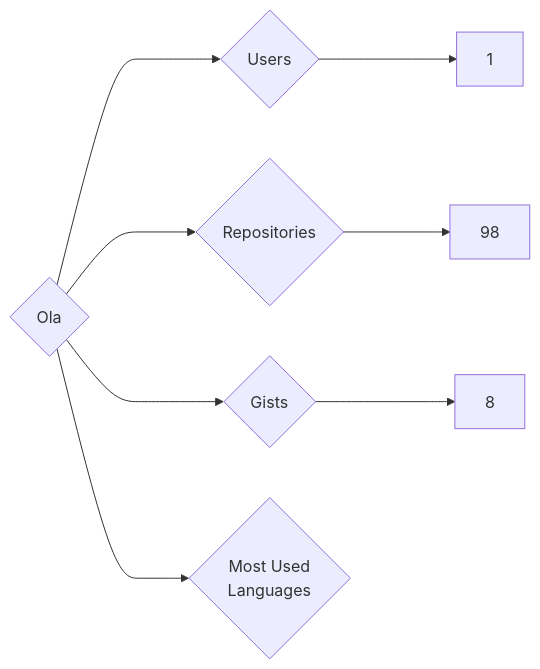
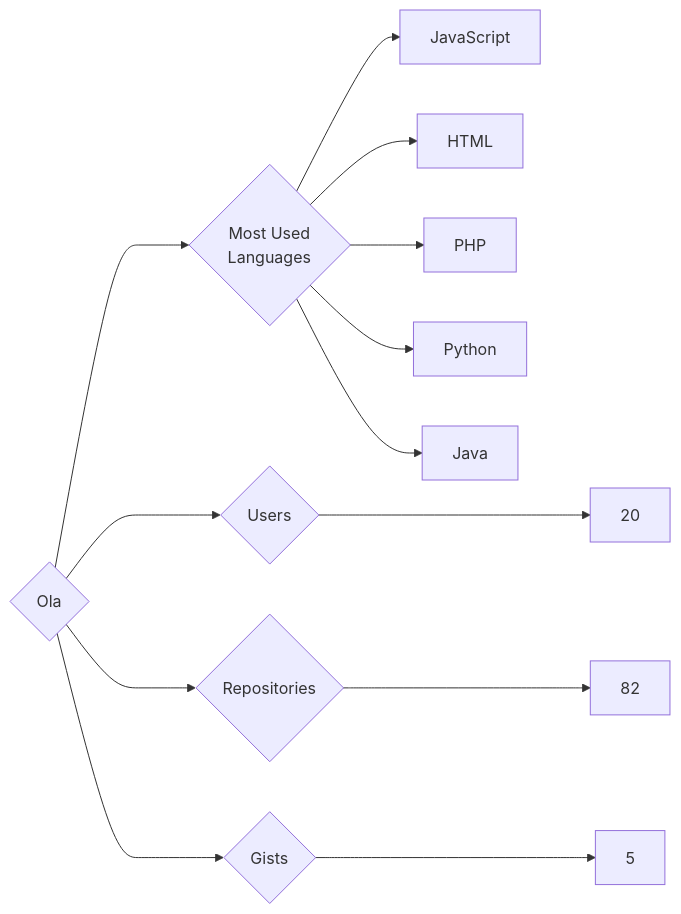
The diagram in targets/Ola/README.md (trickest/insiders), drawn with Mermaid before and after one commit. The commit also changed 1011 other files, not shown here.

````diff
--- a/targets/Ola/README.md
+++ b/targets/Ola/README.md
@@ -3,8 +3,13 @@
 ```mermaid
 graph LR
 COMPANY_NAME{Ola}
-COMPANY_NAME ---> U{Users} ---> UN[1]
-COMPANY_NAME ---> R{Repositories} ---> RN[98]
-COMPANY_NAME ---> G{Gists} ---> GN[8]
+COMPANY_NAME ---> U{Users} ---> UN[20]
+COMPANY_NAME ---> R{Repositories} ---> RN[82]
+COMPANY_NAME ---> G{Gists} ---> GN[5]
 COMPANY_NAME ---> ML{Most Used<br>Languages}
+ML --> JavaScript[JavaScript]
+ML --> HTML[HTML]
+ML --> PHP[PHP]
+ML --> Python[Python]
+ML --> Java[Java]
 ```
````
